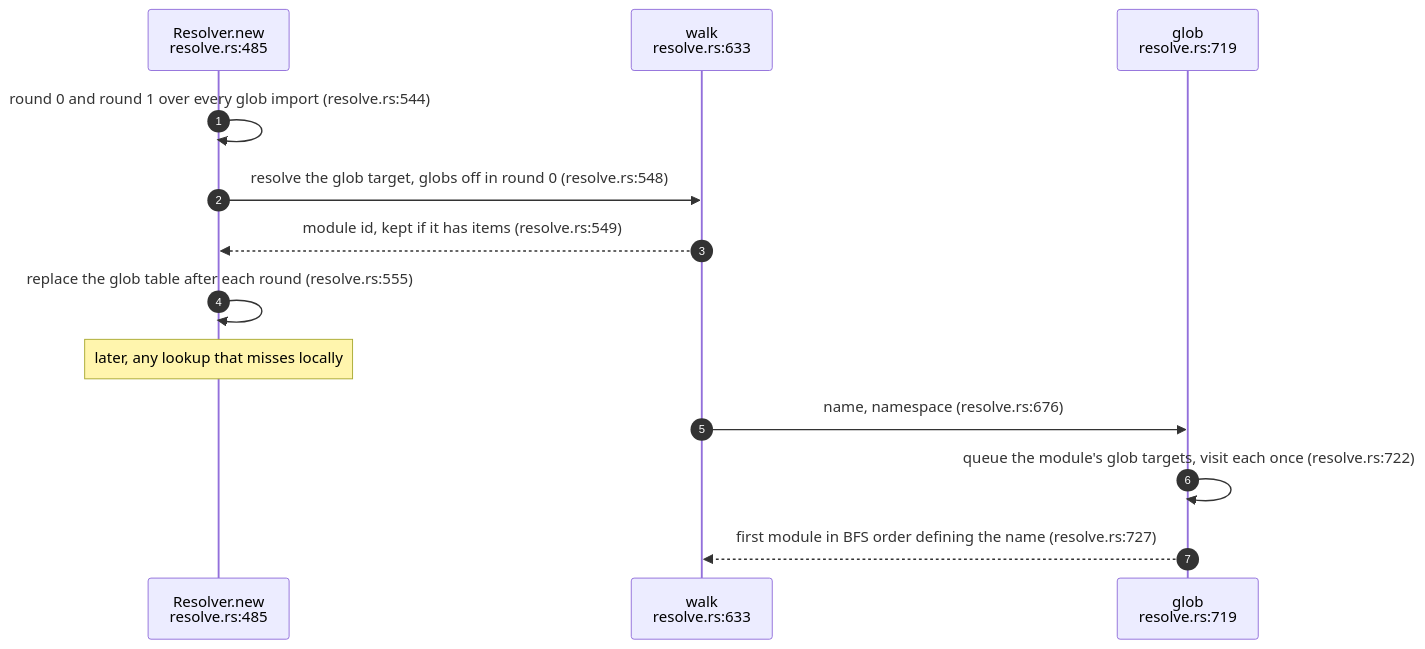
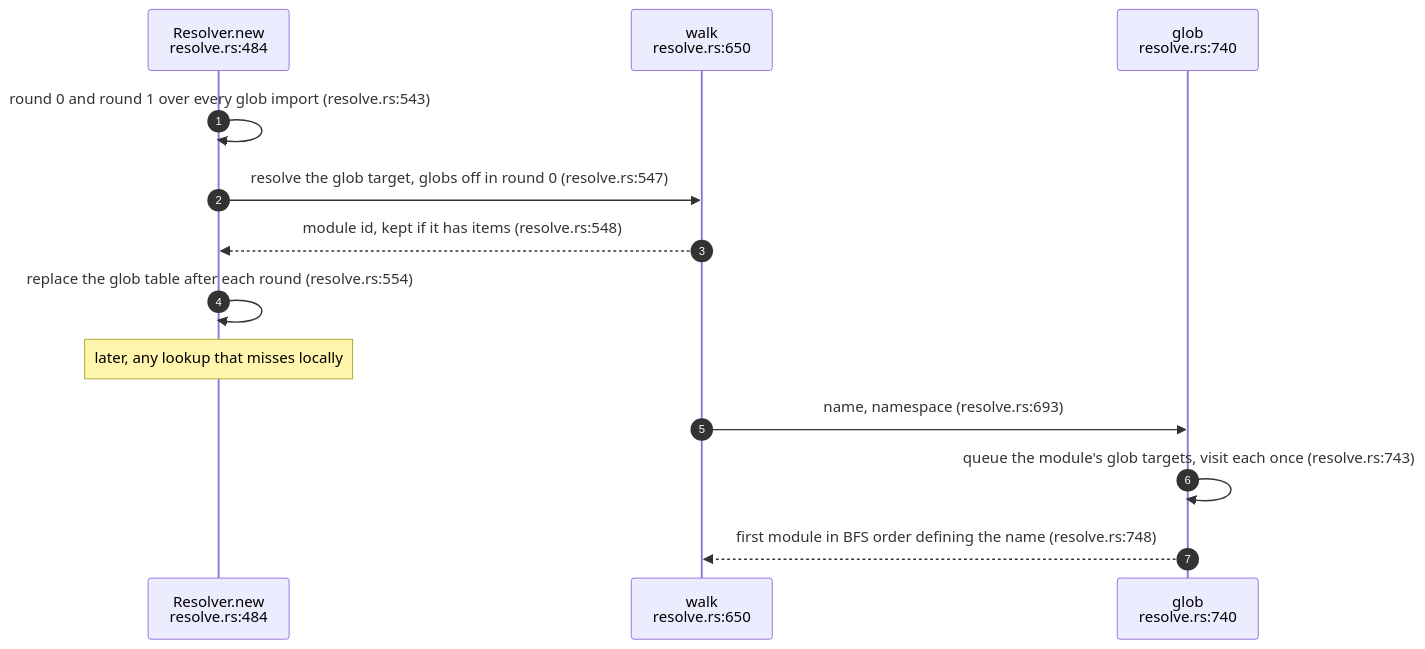
One commit to DreamLab-AI/codemaid changed the third of 6 diagrams in docs/diagrams/extract/05-workspace-name-resolution.md. Above: the diagram before and after it, drawn with Mermaid. The commit also changed other lines of this file and 21 other files, not shown here.

````diff
--- a/docs/diagrams/extract/05-workspace-name-resolution.md
+++ b/docs/diagrams/extract/05-workspace-name-resolution.md
@@ -157,15 +157,15 @@
 ```mermaid
 sequenceDiagram
     autonumber
-    participant NW as Resolver.new<br/>resolve.rs:485
-    participant WK as walk<br/>resolve.rs:633
-    participant GB as glob<br/>resolve.rs:719
-    NW->>NW: round 0 and round 1 over every glob import (resolve.rs:544)
-    NW->>WK: resolve the glob target, globs off in round 0 (resolve.rs:548)
-    WK-->>NW: module id, kept if it has items (resolve.rs:549)
-    NW->>NW: replace the glob table after each round (resolve.rs:555)
+    participant NW as Resolver.new<br/>resolve.rs:484
+    participant WK as walk<br/>resolve.rs:650
+    participant GB as glob<br/>resolve.rs:740
+    NW->>NW: round 0 and round 1 over every glob import (resolve.rs:543)
+    NW->>WK: resolve the glob target, globs off in round 0 (resolve.rs:547)
+    WK-->>NW: module id, kept if it has items (resolve.rs:548)
+    NW->>NW: replace the glob table after each round (resolve.rs:554)
     Note over NW: later, any lookup that misses locally
-    WK->>GB: name, namespace (resolve.rs:676)
-    GB->>GB: queue the module's glob targets, visit each once (resolve.rs:722)
-    GB-->>WK: first module in BFS order defining the name (resolve.rs:727)
+    WK->>GB: name, namespace (resolve.rs:693)
+    GB->>GB: queue the module's glob targets, visit each once (resolve.rs:743)
+    GB-->>WK: first module in BFS order defining the name (resolve.rs:748)
 ```
````
